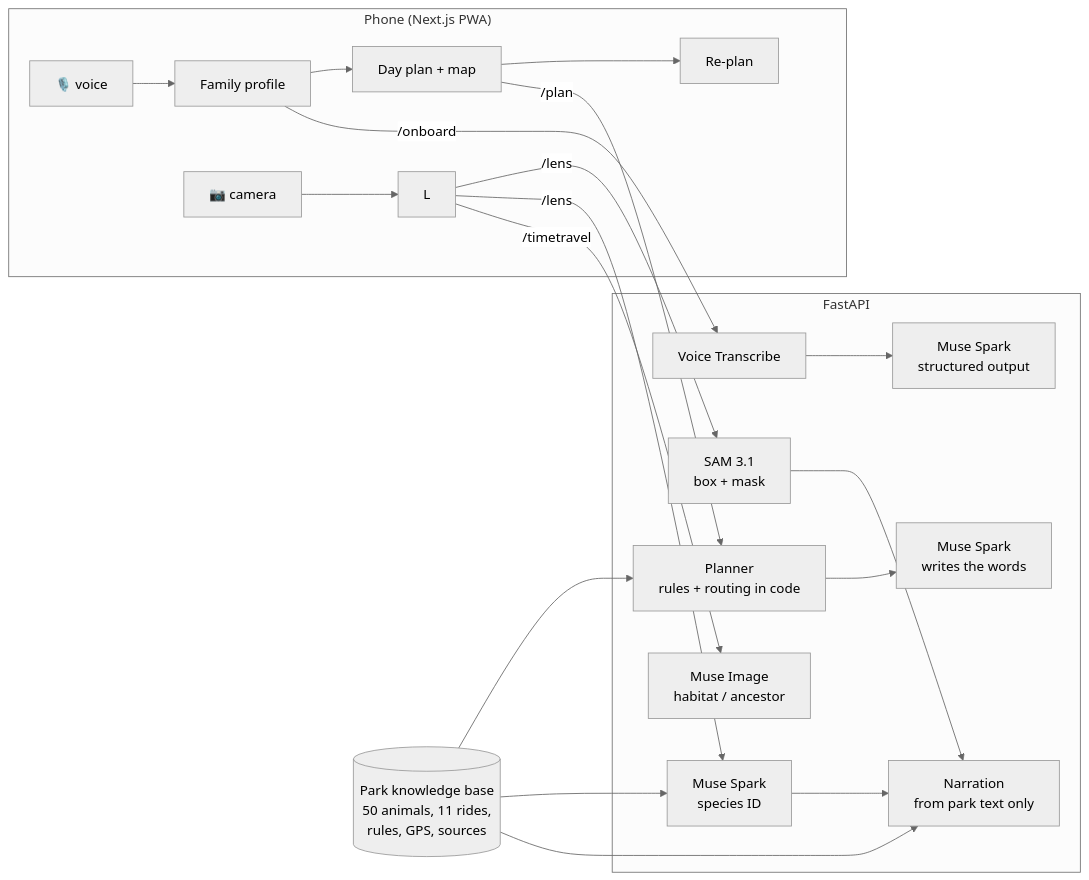
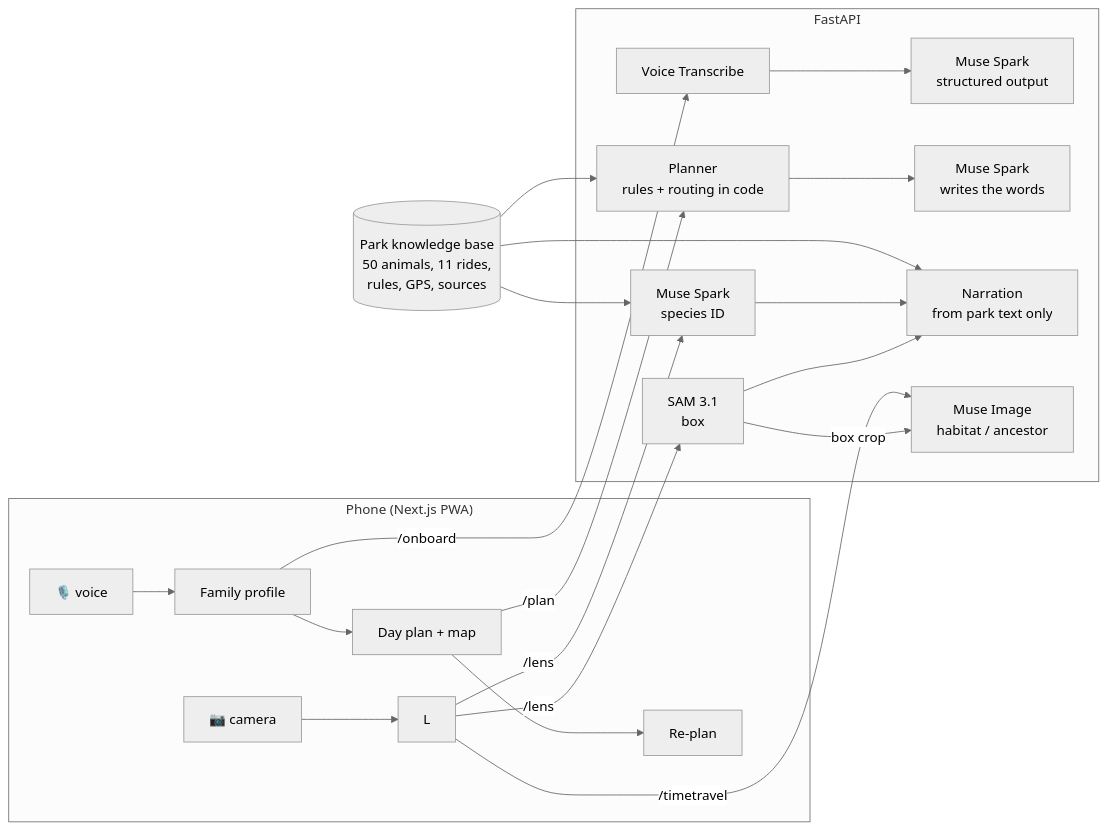
One commit to akhilsplendid/parklens changed the diagram in README.md. Above: the diagram before and after it, drawn with Mermaid (neutral theme). The commit also changed other lines of this file and 15 other files, not shown here.

````diff
--- a/README.md
+++ b/README.md
@@ -23,17 +23,18 @@
 ```mermaid
 flowchart LR
   subgraph Phone["Phone (Next.js PWA)"]
     V[🎙️ voice] --> O
     C[📷 camera] --> L
     O[Family profile] --> P[Day plan + map]
     P --> R[Re-plan]
   end
   subgraph API["FastAPI"]
     O -->|/onboard| T[Voice Transcribe] --> S1[Muse Spark<br/>structured output]
     P -->|/plan| PL[Planner<br/>rules + routing in code] --> S2[Muse Spark<br/>writes the words]
-    L -->|/lens| SAM[SAM 3.1<br/>box + mask] & S3[Muse Spark<br/>species ID]
+    L -->|/lens| SAM[SAM 3.1<br/>box] & S3[Muse Spark<br/>species ID]
     SAM & S3 --> N[Narration<br/>from park text only]
+    SAM -->|box crop| MI
     L -->|/timetravel| MI[Muse Image<br/>habitat / ancestor]
   end
   KB[(Park knowledge base<br/>50 animals, 11 rides,<br/>rules, GPS, sources)] --> PL & S3 & N
 ```
````
